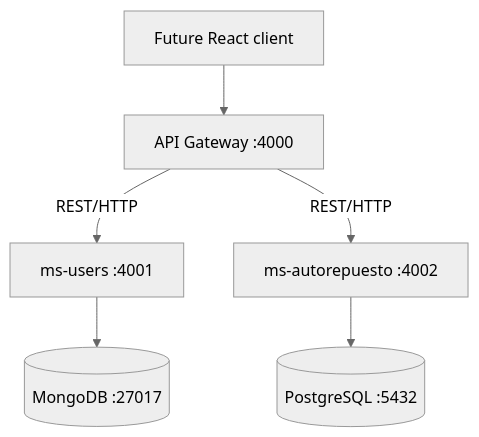
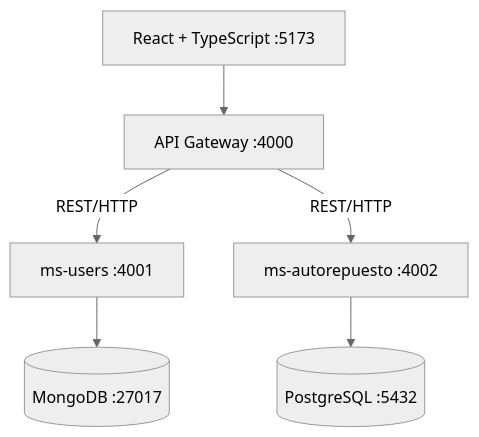
Before and after one commit to DavidRivas10/Biela-ERP: the diagram in README.md, drawn with Mermaid (neutral theme). The commit also changed other lines of this file and 59 other files, not shown here.

````diff
--- a/README.md
+++ b/README.md
@@ -10,8 +11,8 @@
 ```mermaid
 flowchart TD
-    Client[Future React client] --> Gateway[API Gateway :4000]
+    Client[React + TypeScript :5173] --> Gateway[API Gateway :4000]
     Gateway -->|REST/HTTP| Users[ms-users :4001]
     Gateway -->|REST/HTTP| Auto[ms-autorepuesto :4002]
     Users --> Mongo[(MongoDB :27017)]
     Auto --> Postgres[(PostgreSQL :5432)]
 ```
````
